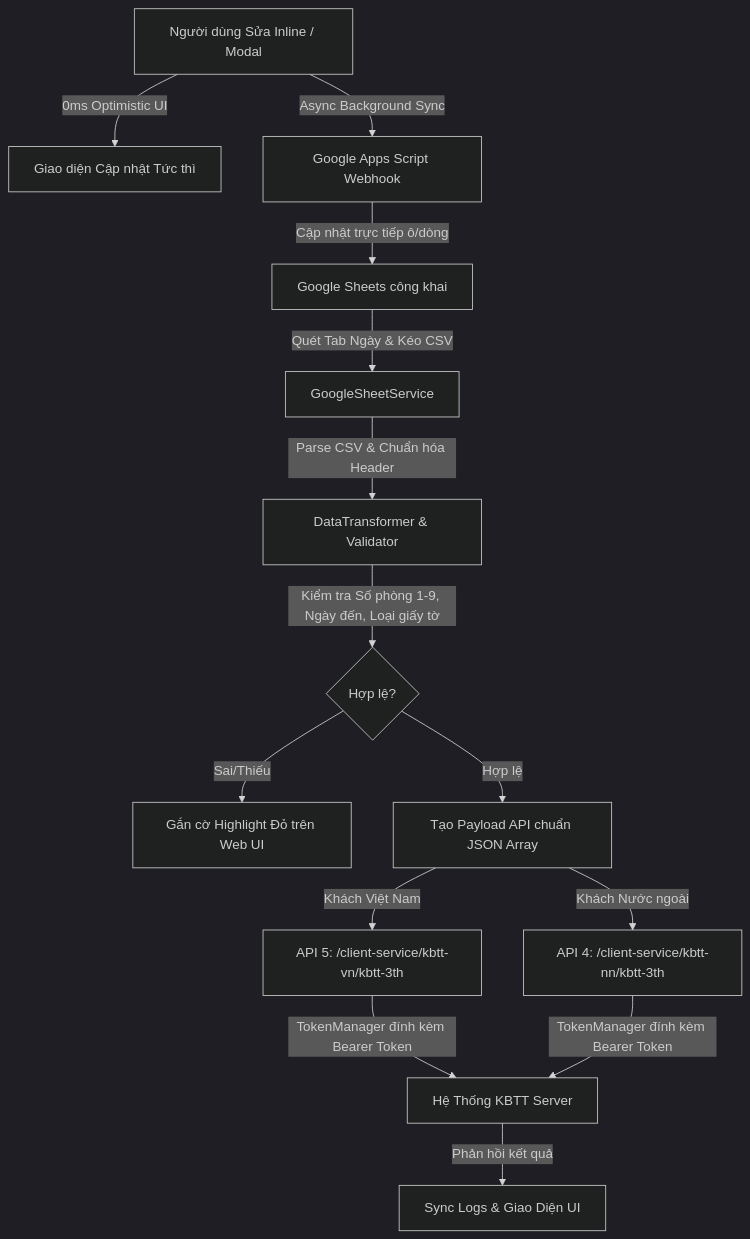
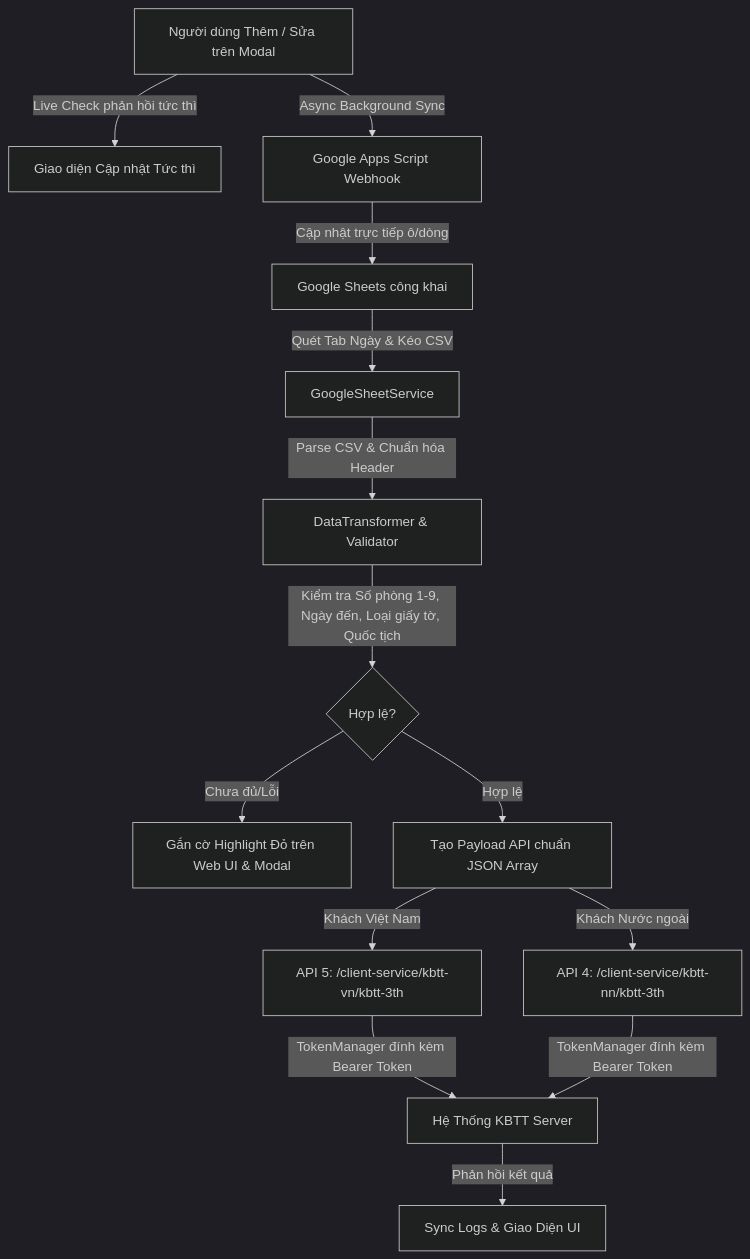
One commit to akhademik/dang-ky-luu-tru changed the diagram in README.md. Above: the diagram before and after it, drawn with Mermaid (dark theme). The commit also changed other lines of this file and 37 other files, not shown here.

Commit message:
feat: complete all tasks in tasks.md with live modal validation, country cross-check, UI cleanup and doc updates

````diff
--- a/README.md
+++ b/README.md
@@ -78,16 +88,16 @@
 ```mermaid
 flowchart TD
     A[Google Sheets công khai] -->|Quét Tab Ngày & Kéo CSV| B[GoogleSheetService]
     B -->|Parse CSV & Chuẩn hóa Header| C[DataTransformer & Validator]
-    C -->|Kiểm tra Số phòng 1-9, Ngày đến, Loại giấy tờ| C1{Hợp lệ?}
-    C1 -->|Sai/Thiếu| D[Gắn cờ Highlight Đỏ trên Web UI]
+    C -->|Kiểm tra Số phòng 1-9, Ngày đến, Loại giấy tờ, Quốc tịch| C1{Hợp lệ?}
+    C1 -->|Chưa đủ/Lỗi| D[Gắn cờ Highlight Đỏ trên Web UI & Modal]
     C1 -->|Hợp lệ| E[Tạo Payload API chuẩn JSON Array]
     E -->|Khách Việt Nam| F[API 5: /client-service/kbtt-vn/kbtt-3th]
     E -->|Khách Nước ngoài| G[API 4: /client-service/kbtt-nn/kbtt-3th]
     F & G -->|TokenManager đính kèm Bearer Token| H[Hệ Thống KBTT Server]
     H -->|Phản hồi kết quả| I[Sync Logs & Giao Diện UI]
     
-    J[Người dùng Sửa Inline / Modal] -->|0ms Optimistic UI| K[Giao diện Cập nhật Tức thì]
+    J[Người dùng Thêm / Sửa trên Modal] -->|Live Check phản hồi tức thì| K[Giao diện Cập nhật Tức thì]
     J -->|Async Background Sync| L[Google Apps Script Webhook]
     L -->|Cập nhật trực tiếp ô/dòng| A
 ```
````
